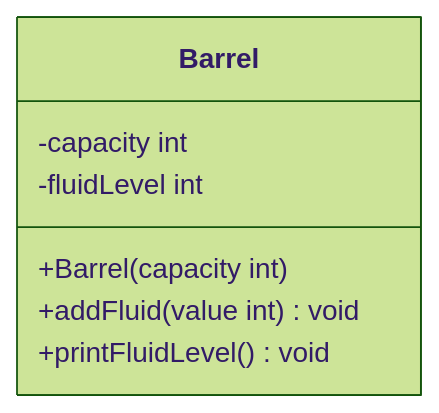
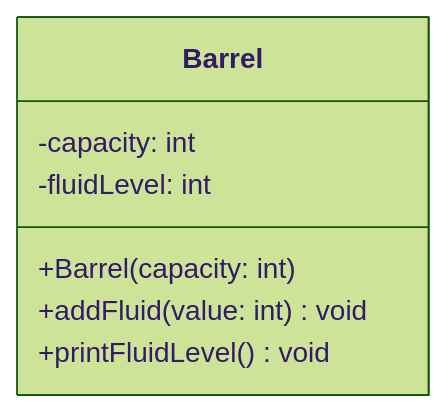
Before and after one commit to jappuccini/java-docs: the diagram in docs/exercises/exceptions/exceptions02.mdx, drawn with Mermaid (forest theme). The commit also changed other lines of this file and 76 other files, not shown here.

Commit message:
uml fixes (colons, properties), headline fixes (italic) and exam result updates

````diff
--- a/docs/exercises/exceptions/exceptions02.mdx
+++ b/docs/exercises/exceptions/exceptions02.mdx
@@ -15,11 +15,11 @@
 ```mermaid
 classDiagram
 
     class Barrel {
-        -capacity int
-        -fluidLevel int
-        +Barrel(capacity int)
-        +addFluid(value int) void
+        -capacity: int
+        -fluidLevel: int
+        +Barrel(capacity: int)
+        +addFluid(value: int) void
         +printFluidLevel() void
     }
 ```
````
